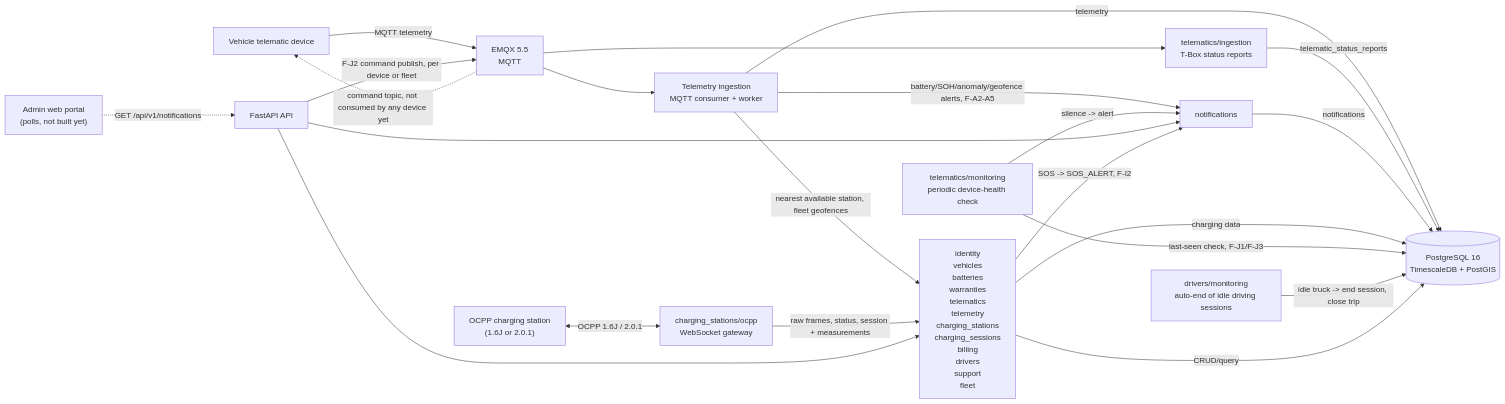
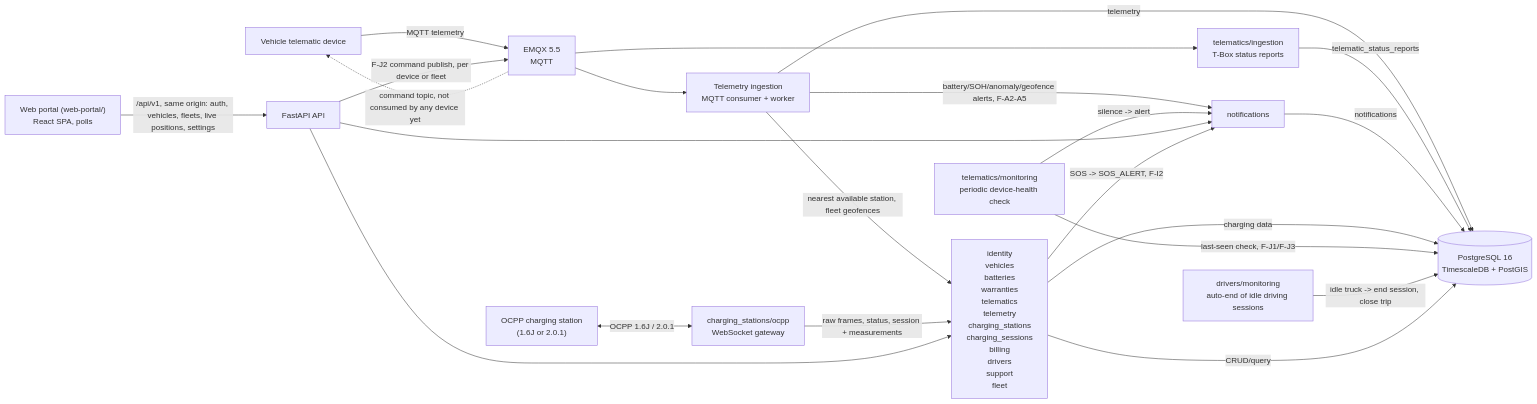
One commit to yolo-coccoc/G3Network-app changed the diagram in docs/design/architecture.md. Above: the diagram before and after it, drawn with Mermaid. The commit also changed other lines of this file and 15 other files, not shown here.

First line of the commit message:
docs: web portal scaffold done; conventions, architecture, README and catalog in line

````diff
--- a/docs/design/architecture.md
+++ b/docs/design/architecture.md
@@ -19,41 +19,41 @@
 ```mermaid
 flowchart LR
     Vehicle["Vehicle telematic device"]
     Station["OCPP charging station\n(1.6J or 2.0.1)"]
     Broker["EMQX 5.5\nMQTT"]
     Ingestion["Telemetry ingestion\nMQTT consumer + worker"]
     OCPP["charging_stations/ocpp\nWebSocket gateway"]
     Monitor["telematics/monitoring\nperiodic device-health check"]
     StatusIngestion["telematics/ingestion\nT-Box status reports"]
     AutoEnd["drivers/monitoring\nauto-end of idle driving sessions"]
     API["FastAPI API"]
     Domains["identity\nvehicles\nbatteries\nwarranties\ntelematics\ntelemetry\ncharging_stations\ncharging_sessions\nbilling\ndrivers\nsupport\nfleet"]
     Notifications["notifications"]
     DB[("PostgreSQL 16\nTimescaleDB + PostGIS")]
-    Portal["Admin web portal\n(polls, not built yet)"]
+    Portal["Web portal (web-portal/)\nReact SPA, polls"]
 
     Vehicle -->|MQTT telemetry| Broker
     Broker --> Ingestion
     Ingestion -->|telemetry| DB
     Broker --> StatusIngestion
     StatusIngestion -->|telematic_status_reports| DB
     Ingestion -->|battery/SOH/anomaly/geofence alerts, F-A2-A5| Notifications
     Ingestion -->|nearest available station, fleet geofences| Domains
     Notifications -->|notifications| DB
 
     Station <-->|OCPP 1.6J / 2.0.1| OCPP
     OCPP -->|raw frames, status, session + measurements| Domains
     Domains -->|charging data| DB
 
     Monitor -->|last-seen check, F-J1/F-J3| DB
     Monitor -->|silence -> alert| Notifications
     AutoEnd -->|idle truck -> end session, close trip| DB
 
     API --> Domains
     API --> Notifications
     Domains -->|SOS -> SOS_ALERT, F-I2| Notifications
     API -->|F-J2 command publish, per device or fleet| Broker
     Broker -.->|command topic, not consumed by any device yet| Vehicle
     Domains -->|CRUD/query| DB
-    Portal -.->|GET /api/v1/notifications| API
+    Portal -->|/api/v1, same origin: auth, vehicles, fleets, live positions, settings| API
 ```
````
